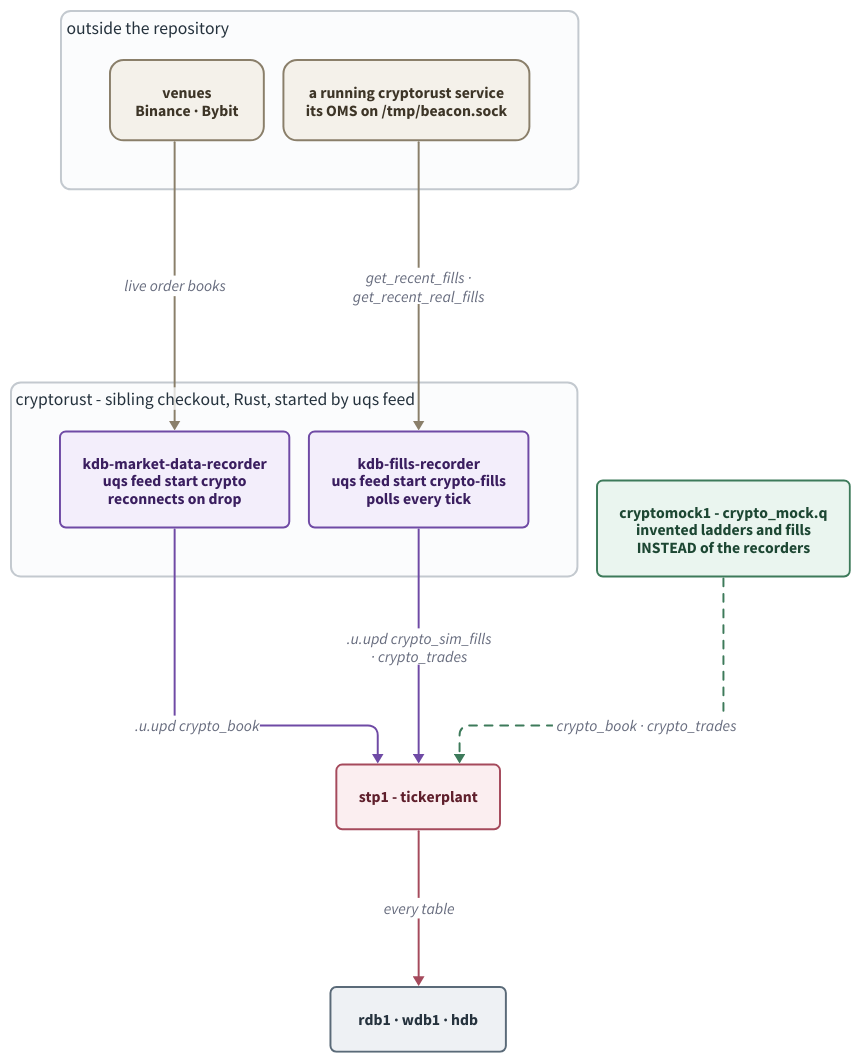
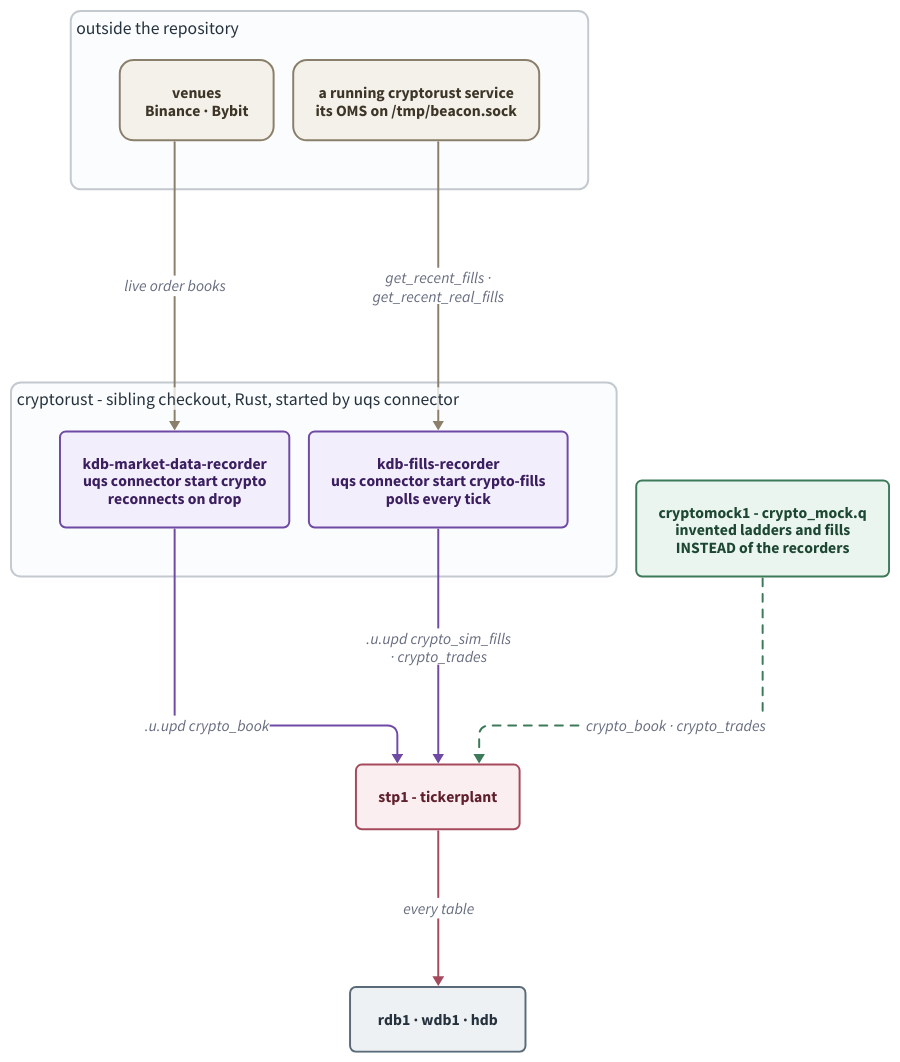
Before and after one commit to kwojdalski/uqf: the diagram in docs/diagrams/crypto-recorder.d2, drawn with D2. The commit also changed 143 other files, not shown here.

First line of the commit message:
Regroup the uqs CLI: job operations, setup, connector (#1417)

```diff
--- a/docs/diagrams/crypto-recorder.d2
+++ b/docs/diagrams/crypto-recorder.d2
@@ -1,57 +1,57 @@
 # crypto-recorder.d2 - cryptorust's two kdb recorders, and the in-tree mock
 # that stands in for them.
 #
 # Rendered by scripts/generate/render_diagrams.py, which CI runs with
 # --check. Embedded from docs/services/crypto-recorder.md.
 #
 # WHAT THIS DIAGRAM IS FOR. The publishers here are not q and not process.csv
-# rows: two Rust binaries from a sibling checkout, started by `uqs feed`,
+# rows: two Rust binaries from a sibling checkout, started by `uqs connector`,
 # each calling .u.upd on stp1 over raw IPC. The book recorder talks to the
 # venues; the fills recorder talks to an already-running cryptorust OMS. The
 # mock publishes onto the same two tables, which is why it runs INSTEAD of
 # them, never alongside - drawn dashed for that reason.
 
 direction: down
 
 vars: {
   d2-config: {
     layout-engine: elk
     pad: 40
   }
 }
 
 # The service diagrams' palette (fx-positions-service.d2, markouts.d2), so
 # the set reads as one system: light fills with dark text in both themes.
 classes: {
   ext: {style: {fill: "#f4f1ea"; stroke: "#8a7f6a"; font-color: "#3d3527"; border-radius: 14}}
   py: {style: {fill: "#f3eefb"; stroke: "#6f4aa5"; font-color: "#3a1e5f"; border-radius: 6}}
   feed: {style: {fill: "#f6f0e6"; stroke: "#a8762f"; font-color: "#5c3f13"; border-radius: 6}}
   job: {style: {fill: "#eaf5ef"; stroke: "#3d7a5a"; font-color: "#1d4733"; border-radius: 6}}
   plant: {style: {fill: "#fbeef0"; stroke: "#a54a5c"; font-color: "#5f1f2c"; border-radius: 6}}
   table: {style: {fill: "#eef3fb"; stroke: "#4a6fa5"; font-color: "#1e3a5f"; border-radius: 6}}
   store: {style: {fill: "#eef1f4"; stroke: "#5a6a78"; font-color: "#25323d"; border-radius: 6}}
   band: {label.near: top-left; style: {fill: "#fbfcfd"; stroke: "#c3c9cf"; font-color: "#25323d"; stroke-width: 2; border-radius: 10; font-size: 18}}
 }
 
 outside: "outside the repository" {
   class: band
   venues: "venues\nBinance · Bybit" { class: ext }
   oms: "a running cryptorust service\nits OMS on /tmp/beacon.sock" { class: ext }
 }
 
-rust: "cryptorust - sibling checkout, Rust, started by uqs feed" {
+rust: "cryptorust - sibling checkout, Rust, started by uqs connector" {
   class: band
-  books: "kdb-market-data-recorder\nuqs feed start crypto\nreconnects on drop" { class: py }
-  fills: "kdb-fills-recorder\nuqs feed start crypto-fills\npolls every tick" { class: py }
+  books: "kdb-market-data-recorder\nuqs connector start crypto\nreconnects on drop" { class: py }
+  fills: "kdb-fills-recorder\nuqs connector start crypto-fills\npolls every tick" { class: py }
 }
 
 mock: "cryptomock1 - crypto_mock.q\ninvented ladders and fills\nINSTEAD of the recorders" { class: job }
 stp1: "stp1 - tickerplant" { class: plant }
 storage: "rdb1 · wdb1 · hdb" { class: store }
 
 outside.venues -> rust.books: "live order books" { style.stroke: "#8a7f6a" }
 outside.oms -> rust.fills: "get_recent_fills ·\nget_recent_real_fills" { style.stroke: "#8a7f6a" }
 rust.books -> stp1: ".u.upd crypto_book" { style.stroke: "#6f4aa5" }
 rust.fills -> stp1: ".u.upd crypto_sim_fills\n· crypto_trades" { style.stroke: "#6f4aa5" }
 mock -> stp1: "crypto_book · crypto_trades" { style.stroke: "#3d7a5a"; style.stroke-dash: 4 }
 stp1 -> storage: "every table" { style.stroke: "#a54a5c" }
```
